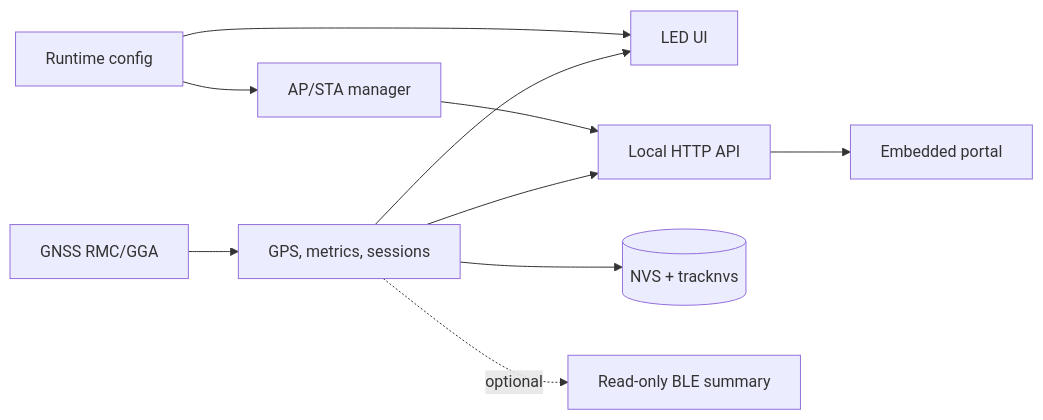
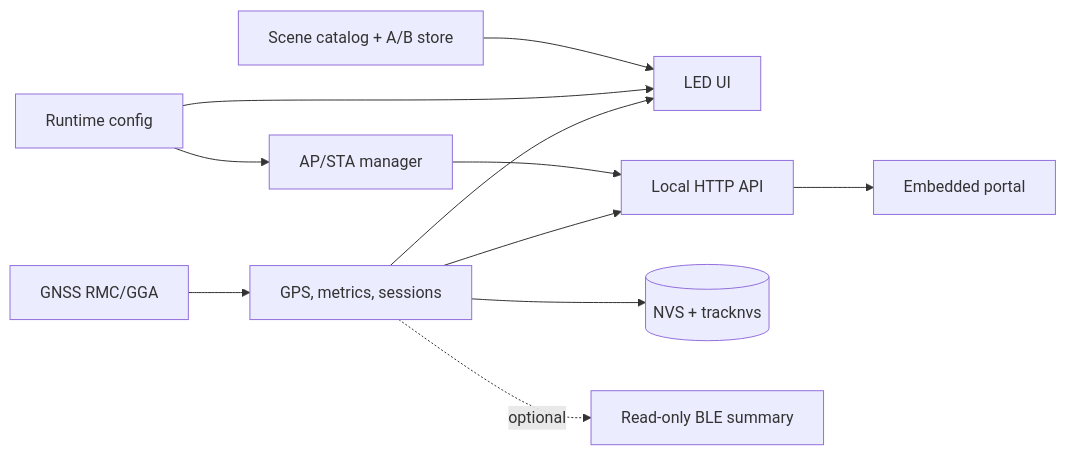
Before and after one commit to bultodepapas/Dog-RGB: the diagram in README.md, drawn with Mermaid. The commit also changed other lines of this file and 55 other files, not shown here.

First line of the commit message:
Add scene JSON characterization tests and LED phase 4 unit tests

````diff
--- a/README.md
+++ b/README.md
@@ -109,12 +109,13 @@
 ```mermaid
 flowchart LR
     GNSS[GNSS RMC/GGA] --> GPS[GPS, metrics, sessions]
     GPS --> LED[LED UI]
     GPS --> API[Local HTTP API]
     GPS --> NVS[(NVS + tracknvs)]
     CFG[Runtime config] --> LED
+    SCN[Scene catalog + A/B store] --> LED
     CFG --> WIFI[AP/STA manager]
     WIFI --> API
     API --> PORTAL[Embedded portal]
     GPS -. optional .-> BLE[Read-only BLE summary]
 ```
````
